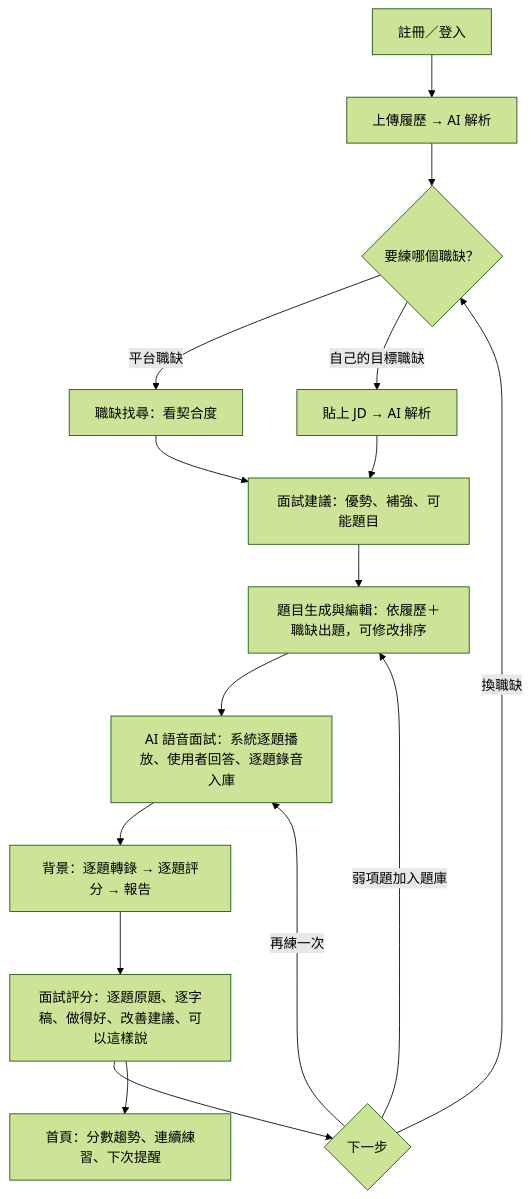
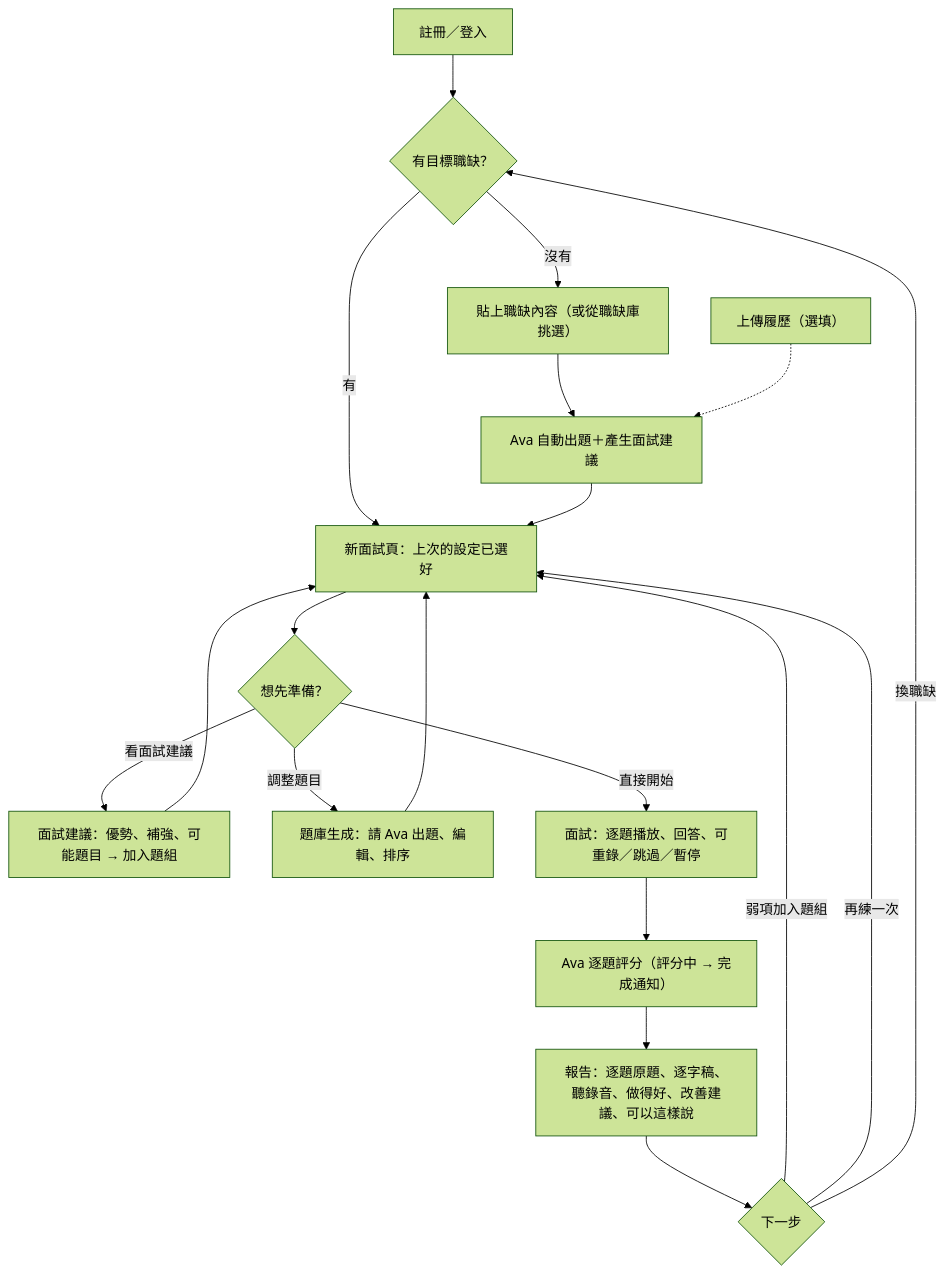
Diagram 29 of 29 in spec/flows.md (WilliamTsai1227/AI_Interview), drawn with Mermaid (forest theme) before and after one commit. The commit also changed other lines of this file and 4 other files, not shown here.

````diff
--- a/spec/flows.md
+++ b/spec/flows.md
@@ -804,18 +871,21 @@
 ```mermaid
 flowchart TD
-    A["註冊／登入"] --> B["上傳履歷 → AI 解析"]
-    B --> C{"要練哪個職缺？"}
-    C -- 平台職缺 --> D["職缺找尋：看契合度"]
-    C -- 自己的目標職缺 --> E["貼上 JD → AI 解析"]
-    D --> F["面試建議：優勢、補強、可能題目"]
+    A["註冊／登入"] --> C{"有目標職缺？"}
+    C -- 沒有 --> D["貼上職缺內容（或從職缺庫挑選）"]
+    D --> E["Ava 自動出題＋產生面試建議"]
+    C -- 有 --> F["新面試頁：上次的設定已選好"]
     E --> F
-    F --> G["題目生成與編輯：依履歷＋職缺出題，可修改排序"]
-    G --> H["AI 語音面試：系統逐題播放、使用者回答、逐題錄音入庫"]
-    H --> I["背景：逐題轉錄 → 逐題評分 → 報告"]
-    I --> J["面試評分：逐題原題、逐字稿、做得好、改善建議、可以這樣說"]
+    B["上傳履歷（選填）"] -.-> E
+    F --> G{"想先準備？"}
+    G -- 看面試建議 --> P["面試建議：優勢、補強、可能題目 → 加入題組"]
+    G -- 調整題目 --> Q["題庫生成：請 Ava 出題、編輯、排序"]
+    P --> F
+    Q --> F
+    G -- 直接開始 --> H["面試：逐題播放、回答、可重錄／跳過／暫停"]
+    H --> I["Ava 逐題評分（評分中 → 完成通知）"]
+    I --> J["報告：逐題原題、逐字稿、聽錄音、做得好、改善建議、可以這樣說"]
     J --> K{"下一步"}
-    K -- 弱項題加入題庫 --> G
-    K -- 再練一次 --> H
+    K -- 弱項加入題組 --> F
+    K -- 再練一次 --> F
     K -- 換職缺 --> C
-    J --> L["首頁：分數趨勢、連續練習、下次提醒"]
 ```
````
